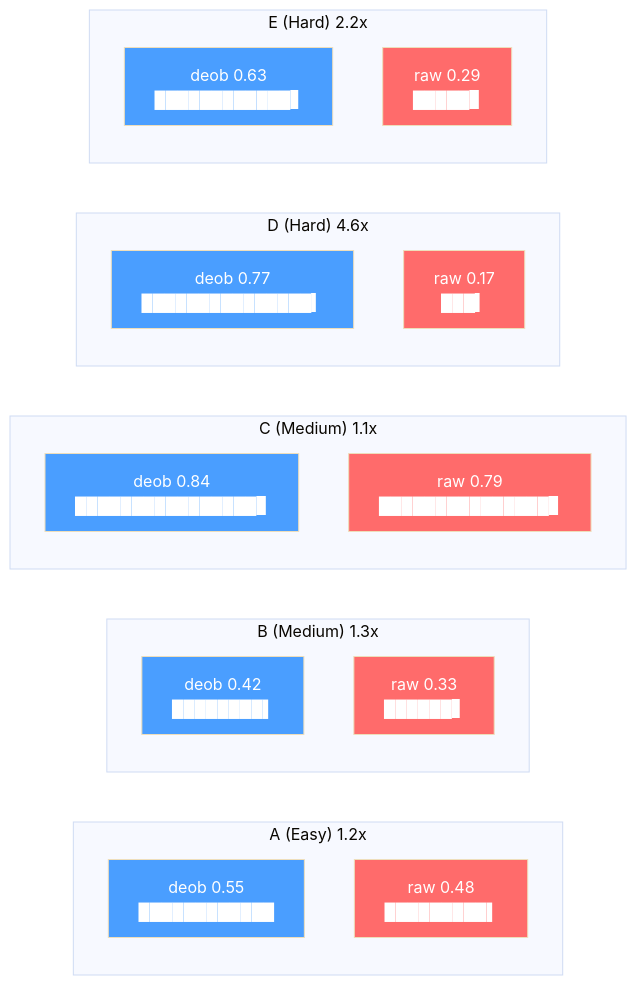
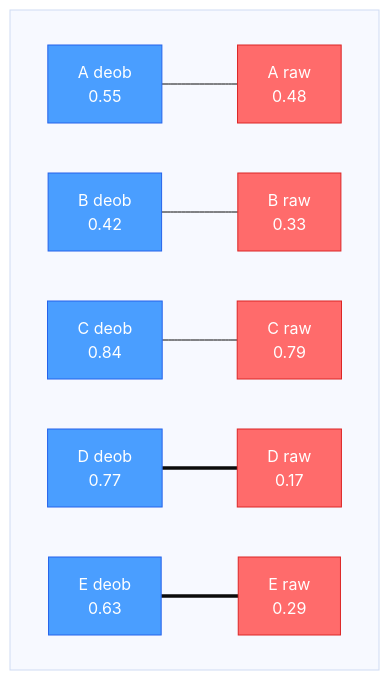
The first of 4 diagrams in benchmark/experiments/2026-07-17-v1/report.md (dolphinwesting248/deob), drawn with Mermaid before and after one commit. The commit also changed other lines of this file, not shown here.

Commit message:
fix: replace xychart-beta with universal flowchart charts

````diff
--- a/benchmark/experiments/2026-07-17-v1/report.md
+++ b/benchmark/experiments/2026-07-17-v1/report.md
@@ -24,26 +24,14 @@
 ```mermaid
 %%{init: {'theme': 'base'}}%%
 graph LR
-    subgraph A["A (Easy) 1.2x"]
-        Ad["deob 0.55<br/>████████████"]:::deob
-        Ar["raw 0.48<br/>█████████▌"]:::raw
+    subgraph L[" "]
+        direction LR
+        A_d["A deob<br/>0.55"]:::deob --- A_r["A raw<br/>0.48"]:::raw
+        B_d["B deob<br/>0.42"]:::deob --- B_r["B raw<br/>0.33"]:::raw
+        C_d["C deob<br/>0.84"]:::deob --- C_r["C raw<br/>0.79"]:::raw
+        D_d["D deob<br/>0.77"]:::deob === D_r["D raw<br/>0.17"]:::raw
+        E_d["E deob<br/>0.63"]:::deob === E_r["E raw<br/>0.29"]:::raw
     end
-    subgraph B["B (Medium) 1.3x"]
-        Bd["deob 0.42<br/>████████▌"]:::deob
-        Br["raw 0.33<br/>██████▋"]:::raw
-    end
-    subgraph C["C (Medium) 1.1x"]
-        Cd["deob 0.84<br/>████████████████▊"]:::deob
-        Cr["raw 0.79<br/>███████████████▊"]:::raw
-    end
-    subgraph D["D (Hard) 4.6x"]
-        Dd["deob 0.77<br/>███████████████▍"]:::deob
-        Dr["raw 0.17<br/>███▍"]:::raw
-    end
-    subgraph E["E (Hard) 2.2x"]
-        Ed["deob 0.63<br/>████████████▋"]:::deob
-        Er["raw 0.29<br/>█████▊"]:::raw
-    end
-    classDef deob fill:#4a9eff,color:white
-    classDef raw fill:#ff6b6b,color:white
+    classDef deob fill:#4a9eff,color:#fff,stroke:#2563eb
+    classDef raw fill:#ff6b6b,color:#fff,stroke:#dc2626
 ```
````
